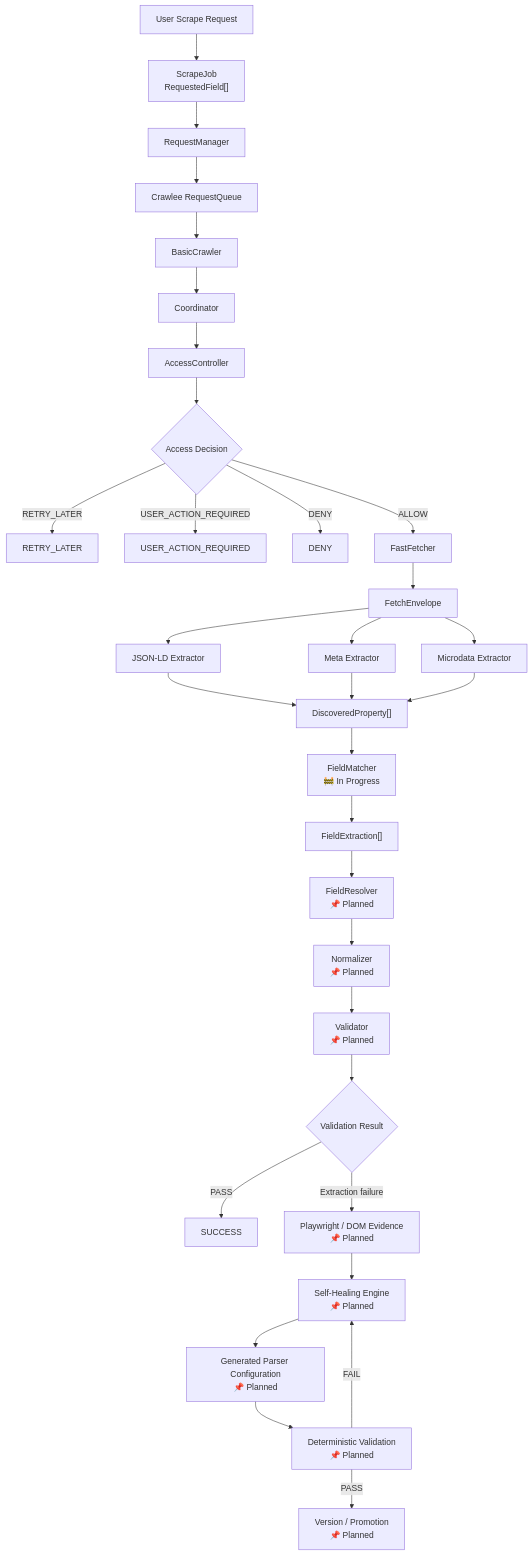
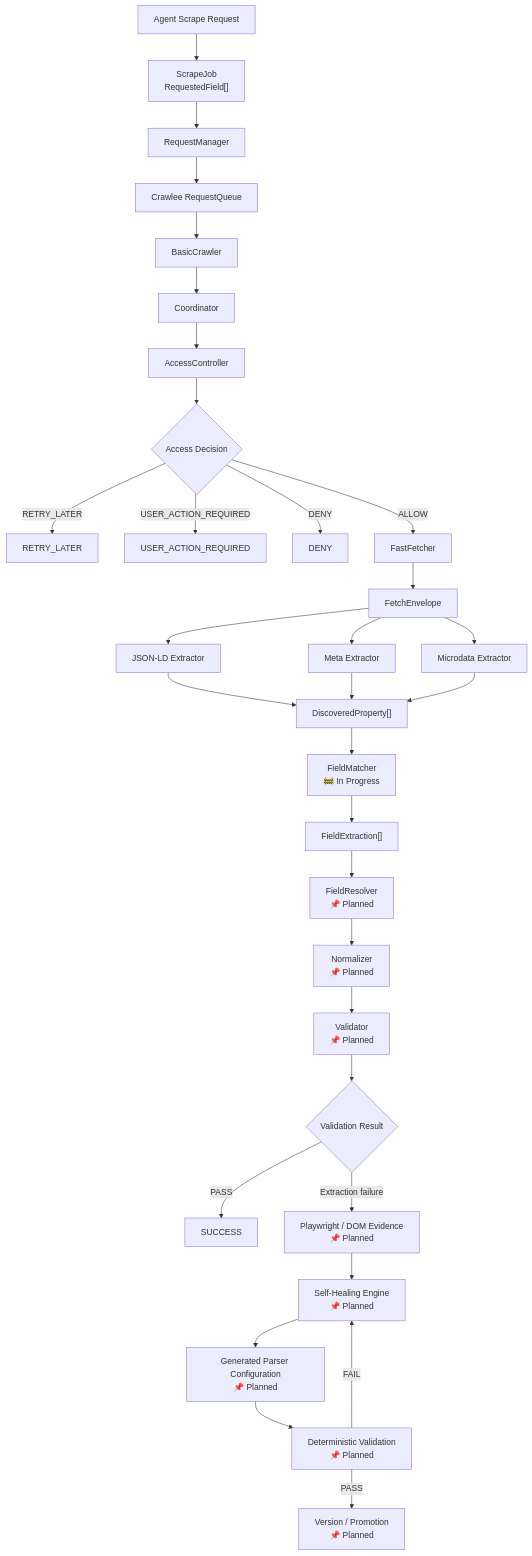
One commit to vikasreddymusku/Agentic-Loop changed the first of 4 diagrams in README.md. Above: the diagram before and after it, drawn with Mermaid. The commit also changed other lines of this file, not shown here.

````diff
--- a/README.md
+++ b/README.md
@@ -210,80 +210,80 @@
 ```mermaid
 
 flowchart TD
-    A["User Scrape Request"]
+    A["Agent Scrape Request"]
     B["ScrapeJob<br/>RequestedField[]"]
     C["RequestManager"]
     D["Crawlee RequestQueue"]
     E["BasicCrawler"]
     F["Coordinator"]
     G["AccessController"]
     H{"Access Decision"}
 
     R1["RETRY_LATER"]
     R2["USER_ACTION_REQUIRED"]
     R3["DENY"]
 
     I["FastFetcher"]
     J["FetchEnvelope"]
 
     K["JSON-LD Extractor"]
     L["Meta Extractor"]
     M["Microdata Extractor"]
 
     N["DiscoveredProperty[]"]
 
     O["FieldMatcher<br/>🚧 In Progress"]
     P["FieldExtraction[]"]
     Q["FieldResolver<br/>📌 Planned"]
     R["Normalizer<br/>📌 Planned"]
     S["Validator<br/>📌 Planned"]
 
     T{"Validation Result"}
     U["SUCCESS"]
 
     V["Playwright / DOM Evidence<br/>📌 Planned"]
     W["Self-Healing Engine<br/>📌 Planned"]
     X["Generated Parser Configuration<br/>📌 Planned"]
     Y["Deterministic Validation<br/>📌 Planned"]
     Z["Version / Promotion<br/>📌 Planned"]
 
     A --> B
     B --> C
     C --> D
     D --> E
     E --> F
     F --> G
     G --> H
 
     H -->|ALLOW| I
     H -->|RETRY_LATER| R1
     H -->|USER_ACTION_REQUIRED| R2
     H -->|DENY| R3
 
     I --> J
 
     J --> K
     J --> L
     J --> M
 
     K --> N
     L --> N
     M --> N
 
     N --> O
     O --> P
     P --> Q
     Q --> R
     R --> S
     S --> T
 
     T -->|PASS| U
     T -->|Extraction failure| V
 
     V --> W
     W --> X
     X --> Y
     Y -->|PASS| Z
     Y -->|FAIL| W
 
 ```
````
